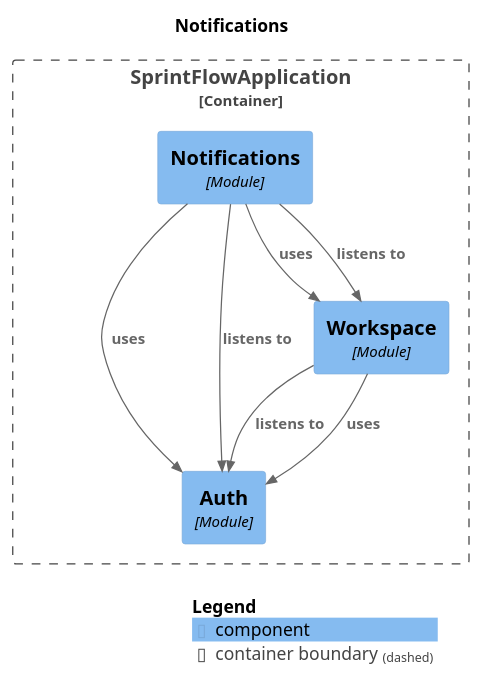
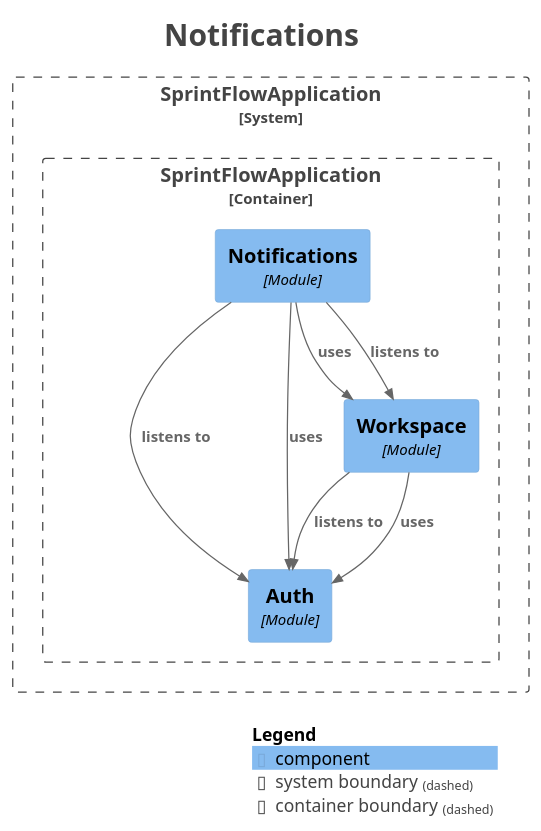
The diagram in docs/architecture/module-notifications.puml (Mouaz7/sprintflow-insight), drawn with PlantUML before and after one commit. The commit also changed 48 other files, not shown here.

```diff
--- a/docs/architecture/module-notifications.puml
+++ b/docs/architecture/module-notifications.puml
@@ -1,25 +1,36 @@
 @startuml
+title <size:24>Notifications</size>
+
 set separator none
-title Notifications
+top to bottom direction
 
-top to bottom direction
+<style>
+  root {
+    BackgroundColor: #ffffff
+    FontColor: #444444
+  }
+</style>
 
 !include <C4/C4>
 !include <C4/C4_Context>
 !include <C4/C4_Component>
 
-Container_Boundary("SprintFlowApplication.SprintFlowApplication_boundary", "SprintFlowApplication", $tags="") {
-  Component(SprintFlowApplication.SprintFlowApplication.Auth, "Auth", $techn="Module", $descr="", $tags="", $link="")
-  Component(SprintFlowApplication.SprintFlowApplication.Workspace, "Workspace", $techn="Module", $descr="", $tags="", $link="")
-  Component(SprintFlowApplication.SprintFlowApplication.Notifications, "Notifications", $techn="Module", $descr="", $tags="", $link="")
+System_Boundary("SprintFlowApplication_boundary", "SprintFlowApplication", $tags="") {
+  Container_Boundary("SprintFlowApplication.SprintFlowApplication_boundary", "SprintFlowApplication", $tags="") {
+    Component(SprintFlowApplication.SprintFlowApplication.Auth, "Auth", $techn="Module", $descr="", $tags="", $link="")
+    Component(SprintFlowApplication.SprintFlowApplication.Workspace, "Workspace", $techn="Module", $descr="", $tags="", $link="")
+    Component(SprintFlowApplication.SprintFlowApplication.Notifications, "Notifications", $techn="Module", $descr="", $tags="", $link="")
+  }
+
 }
 
+Rel(SprintFlowApplication.SprintFlowApplication.Notifications, SprintFlowApplication.SprintFlowApplication.Auth, "listens to", $techn="", $tags="", $link="")
 Rel(SprintFlowApplication.SprintFlowApplication.Notifications, SprintFlowApplication.SprintFlowApplication.Auth, "uses", $techn="", $tags="", $link="")
 Rel(SprintFlowApplication.SprintFlowApplication.Notifications, SprintFlowApplication.SprintFlowApplication.Workspace, "uses", $techn="", $tags="", $link="")
 Rel(SprintFlowApplication.SprintFlowApplication.Workspace, SprintFlowApplication.SprintFlowApplication.Auth, "listens to", $techn="", $tags="", $link="")
 Rel(SprintFlowApplication.SprintFlowApplication.Workspace, SprintFlowApplication.SprintFlowApplication.Auth, "uses", $techn="", $tags="", $link="")
 Rel(SprintFlowApplication.SprintFlowApplication.Notifications, SprintFlowApplication.SprintFlowApplication.Workspace, "listens to", $techn="", $tags="", $link="")
-Rel(SprintFlowApplication.SprintFlowApplication.Notifications, SprintFlowApplication.SprintFlowApplication.Auth, "listens to", $techn="", $tags="", $link="")
 
 SHOW_LEGEND(true)
+hide stereotypes
 @enduml
```
